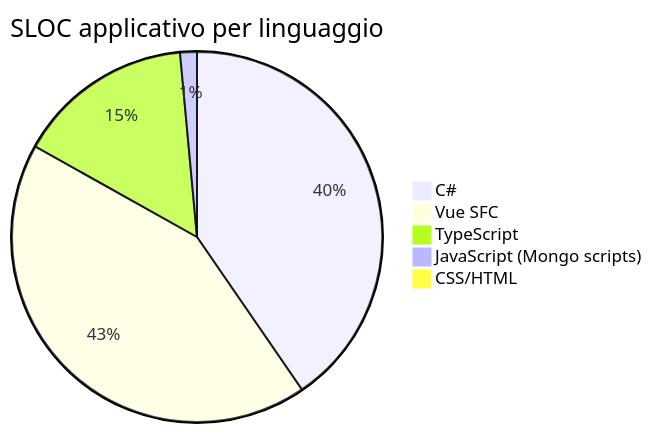
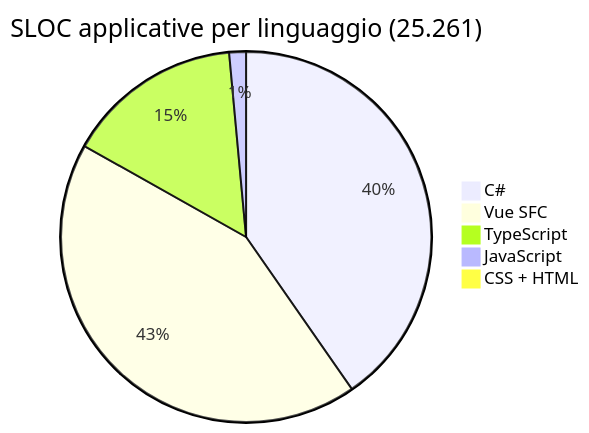
One commit to saristot/LOSS_PREVENTION changed the first of 3 diagrams in customspa-it-loss-prevention-d098a8b97860/Docs/14_metrics.md. Above: the diagram before and after it, drawn with Mermaid. The commit also changed other lines of this file and 23 other files, not shown here.

````diff
--- a/customspa-it-loss-prevention-d098a8b97860/Docs/14_metrics.md
+++ b/customspa-it-loss-prevention-d098a8b97860/Docs/14_metrics.md
@@ -58,8 +164,8 @@
 ```mermaid
-pie title SLOC applicativo per linguaggio
+pie title SLOC applicative per linguaggio (25.261)
   "C#" : 10143
-  "Vue SFC" : 10720
+  "Vue SFC" : 10773
   "TypeScript" : 3868
-  "JavaScript (Mongo scripts)" : 368
-  "CSS/HTML" : 109
+  "JavaScript" : 368
+  "CSS + HTML" : 109
 ```
````
